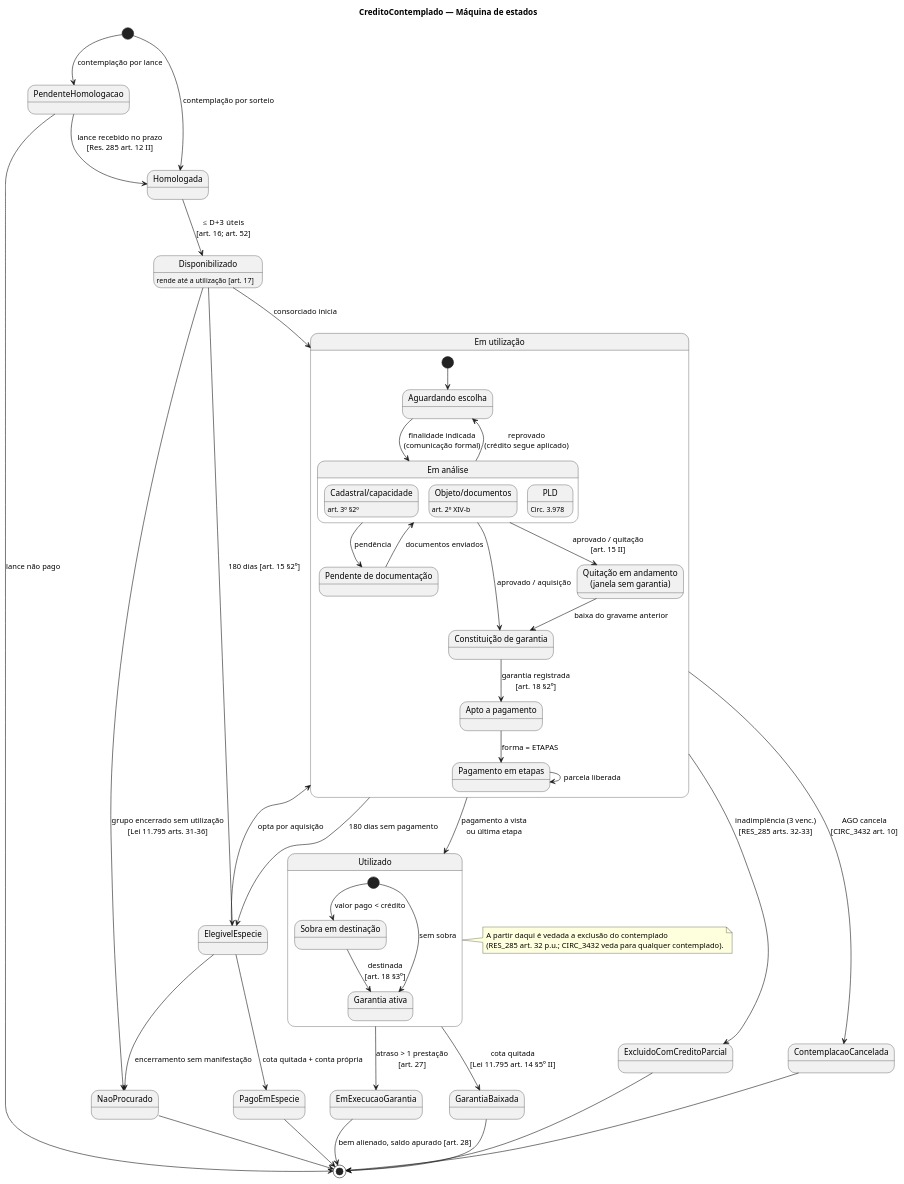
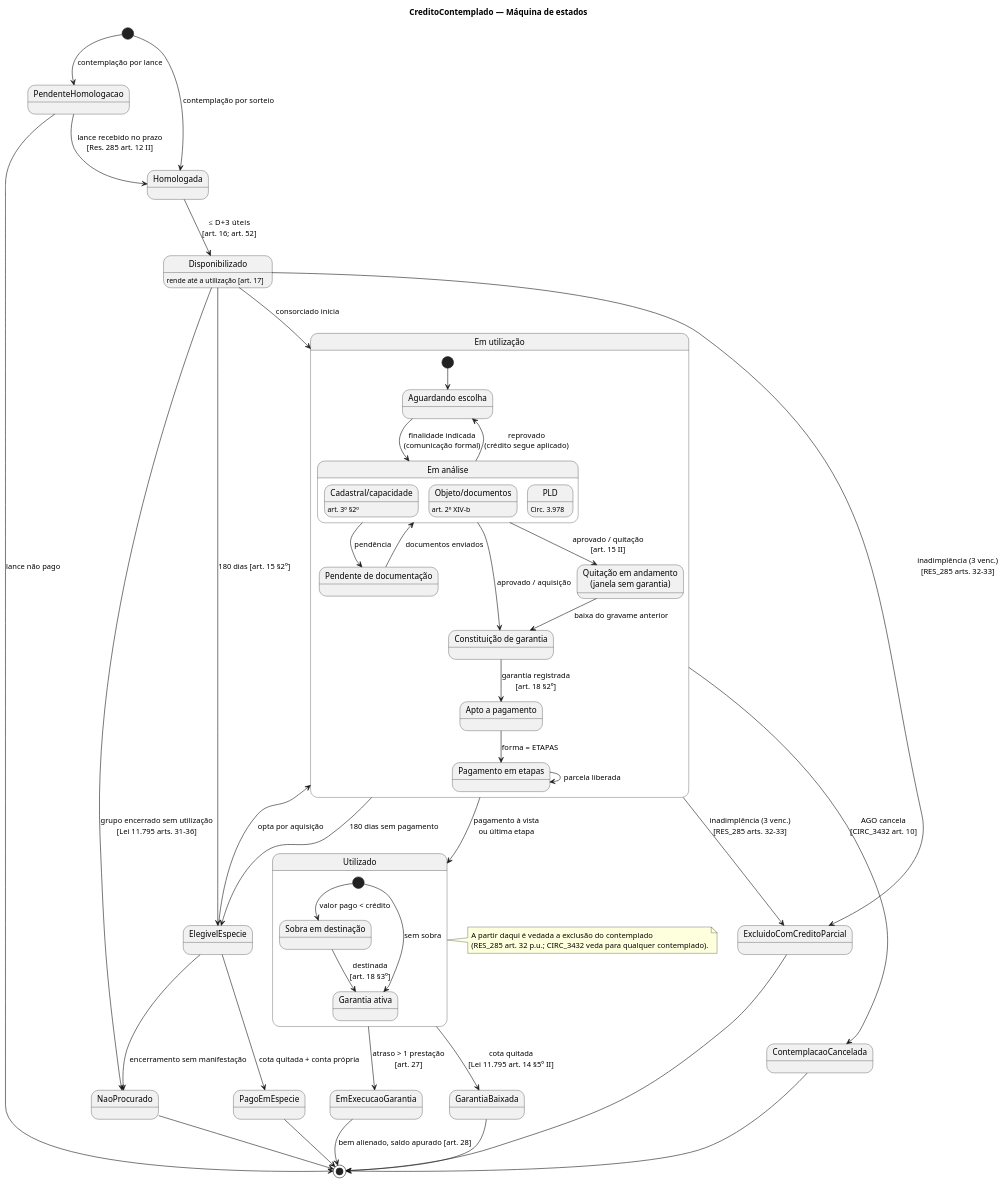
Before and after one commit to lucasqss/multi-module: the diagram in docs/utilizacao-credito/diagramas/puml/03-maquina-estados-credito.puml, drawn with PlantUML. The commit also changed 26 other files, not shown here.

```diff
--- a/docs/utilizacao-credito/diagramas/puml/03-maquina-estados-credito.puml
+++ b/docs/utilizacao-credito/diagramas/puml/03-maquina-estados-credito.puml
@@ -1,76 +1,77 @@
 @startuml maquina-estados-credito
 title CreditoContemplado — Máquina de estados
 
 [*] --> PendenteHomologacao : contemplação por lance
 [*] --> Homologada : contemplação por sorteio
 
 PendenteHomologacao --> Homologada : lance recebido no prazo\n[Res. 285 art. 12 II]
 PendenteHomologacao --> [*] : lance não pago
 
 Homologada --> Disponibilizado : ≤ D+3 úteis\n[art. 16; art. 52]
 
 state "Em utilização" as EmUtilizacao {
   state "Aguardando escolha" as AguardandoEscolha
   state "Em análise" as EmAnalise {
     state "Cadastral/capacidade" as Cad
     state "Objeto/documentos" as Obj
     state "PLD" as PLD
     Cad : art. 3º §2º
     Obj : art. 2º XIV-b
     PLD : Circ. 3.978
   }
   state "Pendente de documentação" as Pendente
   state "Constituição de garantia" as EmGarantia
   state "Apto a pagamento" as Apto
   state "Pagamento em etapas" as Etapas
   state "Quitação em andamento\n(janela sem garantia)" as JanelaRisco
 
   [*] --> AguardandoEscolha
   AguardandoEscolha --> EmAnalise : finalidade indicada\n(comunicação formal)
   EmAnalise --> Pendente : pendência
   Pendente --> EmAnalise : documentos enviados
   EmAnalise --> AguardandoEscolha : reprovado\n(crédito segue aplicado)
   EmAnalise --> EmGarantia : aprovado / aquisição
   EmAnalise --> JanelaRisco : aprovado / quitação\n[art. 15 II]
   JanelaRisco --> EmGarantia : baixa do gravame anterior
   EmGarantia --> Apto : garantia registrada\n[art. 18 §2º]
   Apto --> Etapas : forma = ETAPAS
   Etapas --> Etapas : parcela liberada
 }
 
 Disponibilizado --> EmUtilizacao : consorciado inicia
 Disponibilizado : rende até a utilização [art. 17]
 
+state Utilizado {
+  state "Sobra em destinação" as Sobra
+  state "Garantia ativa" as GarantiaAtiva
+  [*] --> Sobra : valor pago < crédito
+  [*] --> GarantiaAtiva : sem sobra
+  Sobra --> GarantiaAtiva : destinada\n[art. 18 §3º]
+}
+
 EmUtilizacao --> Utilizado : pagamento à vista\nou última etapa
 EmUtilizacao --> ExcluidoComCreditoParcial : inadimplência (3 venc.)\n[RES_285 arts. 32-33]
 EmUtilizacao --> ContemplacaoCancelada : AGO cancela\n[CIRC_3432 art. 10]
 Disponibilizado --> ElegivelEspecie : 180 dias [art. 15 §2º]
 EmUtilizacao --> ElegivelEspecie : 180 dias sem pagamento
 ElegivelEspecie --> EmUtilizacao : opta por aquisição
 ElegivelEspecie --> PagoEmEspecie : cota quitada + conta própria
-
-state Utilizado {
-  state "Sobra em destinação" as Sobra
-  state "Garantia ativa" as GarantiaAtiva
-  [*] --> Sobra : valor pago < crédito
-  [*] --> GarantiaAtiva : sem sobra
-  Sobra --> GarantiaAtiva : destinada\n[art. 18 §3º]
-}
+Disponibilizado --> ExcluidoComCreditoParcial : inadimplência (3 venc.)\n[RES_285 arts. 32-33]
 
 Utilizado --> EmExecucaoGarantia : atraso > 1 prestação\n[art. 27]
 Utilizado --> GarantiaBaixada : cota quitada\n[Lei 11.795 art. 14 §5º II]
 EmExecucaoGarantia --> [*] : bem alienado, saldo apurado [art. 28]
 GarantiaBaixada --> [*]
 
 Disponibilizado --> NaoProcurado : grupo encerrado sem utilização\n[Lei 11.795 arts. 31-36]
 ElegivelEspecie --> NaoProcurado : encerramento sem manifestação
 PagoEmEspecie --> [*]
 ExcluidoComCreditoParcial --> [*]
 ContemplacaoCancelada --> [*]
 NaoProcurado --> [*]
 
 note right of Utilizado
   A partir daqui é vedada a exclusão do contemplado
   (RES_285 art. 32 p.u.; CIRC_3432 veda para qualquer contemplado).
 end note
 @enduml
```
